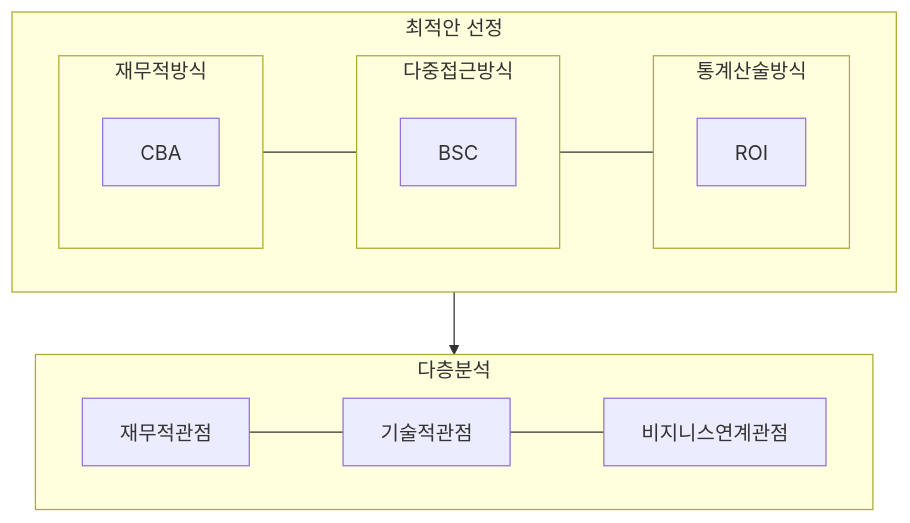
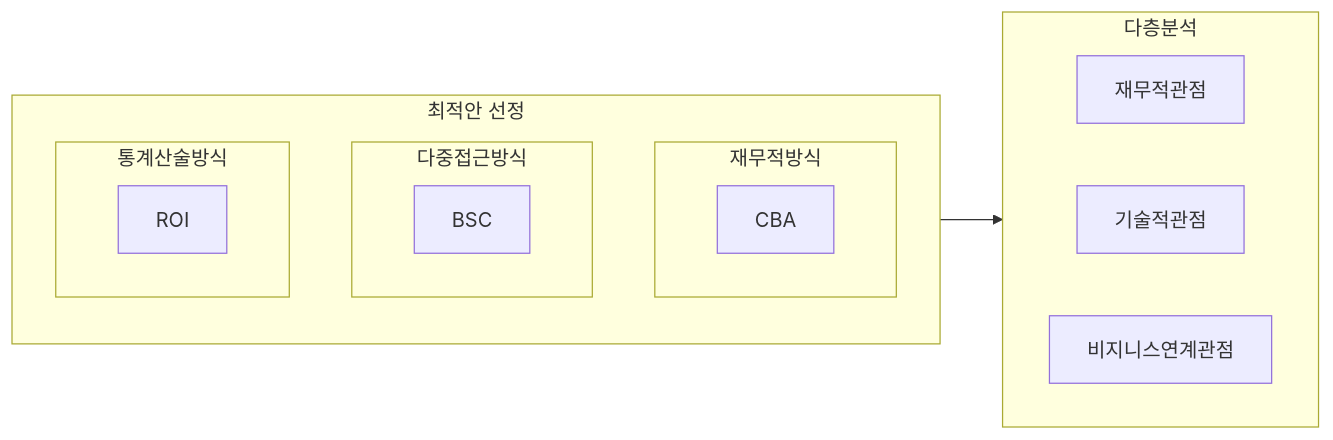
The second of 2 diagrams in blog/pe/mng/it-roi.md (gracefullight/gracefullight.github.io), drawn with Mermaid before and after one commit.

Commit message:
docs(pe): 📚️ it roi

````diff
--- a/blog/pe/mng/it-roi.md
+++ b/blog/pe/mng/it-roi.md
@@ -50,24 +50,27 @@
 ```mermaid
-graph TB
+graph LR
   subgraph 최적안선정[최적안 선정]
+    direction TB
     subgraph 재무적방식
       CBA
     end
 
     subgraph 다중접근방식
       BSC
     end
 
     subgraph 통계산술방식
       ROI
     end
-    
-    재무적방식 --- 다중접근방식 --- 통계산술방식
+
   end
 
   subgraph 다층분석
-    재무적관점 --- 기술적관점 --- 비지니스연계관점
+    direction LR
+    재무적관점
+    기술적관점
+    비지니스연계관점
   end
 
   최적안선정 --> 다층분석
 ```
````
